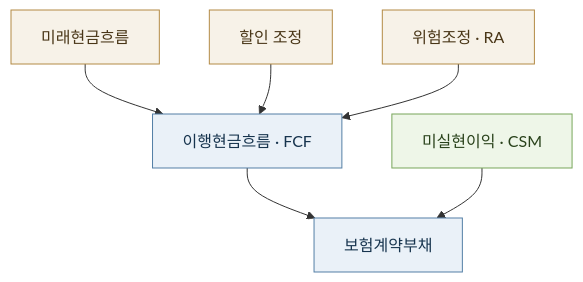
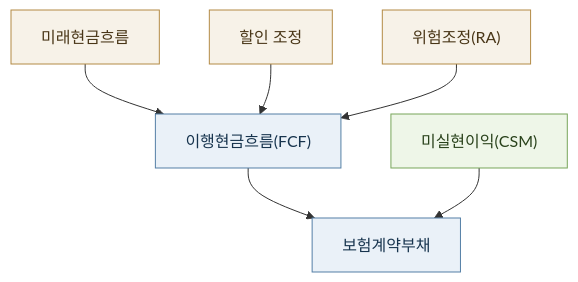
One commit to seokhoonj/fastcashflow changed the diagram in docs/tutorial/01-ifrs17.md. Above: the diagram before and after it, drawn with Mermaid.

Commit message:
docs: label abbreviations with parens, not a middot, in the chapter 1 diagram
위험조정(RA) / 미실현이익(CSM) / 이행현금흐름(FCF) -- the middot read as a list
separator (as in BEL · RA · CSM elsewhere), making the Korean term and its
abbreviation look like two different quantities. Parens read unambiguously as
"term (abbreviation)".

````diff
--- a/docs/tutorial/01-ifrs17.md
+++ b/docs/tutorial/01-ifrs17.md
@@ -100,21 +100,21 @@
 ```{mermaid}
 flowchart TB
     A["미래현금흐름"]
     B["할인 조정"]
-    C["위험조정 · RA"]
-    D["미실현이익 · CSM"]
-    FCF["이행현금흐름 · FCF"]
+    C["위험조정(RA)"]
+    D["미실현이익(CSM)"]
+    FCF["이행현금흐름(FCF)"]
     LIAB["보험계약부채"]
     A --> FCF
     B --> FCF
     C --> FCF
     FCF --> LIAB
     D --> LIAB
 
     classDef stock fill:#eaf1f8,stroke:#547fa6,color:#17344e
     classDef inflow fill:#eef6e8,stroke:#78a65a,color:#29421b
     classDef step fill:#f7f2e8,stroke:#b38a45,color:#493617
     class A,B,C step
     class D inflow
     class FCF,LIAB stock
 ```
````
